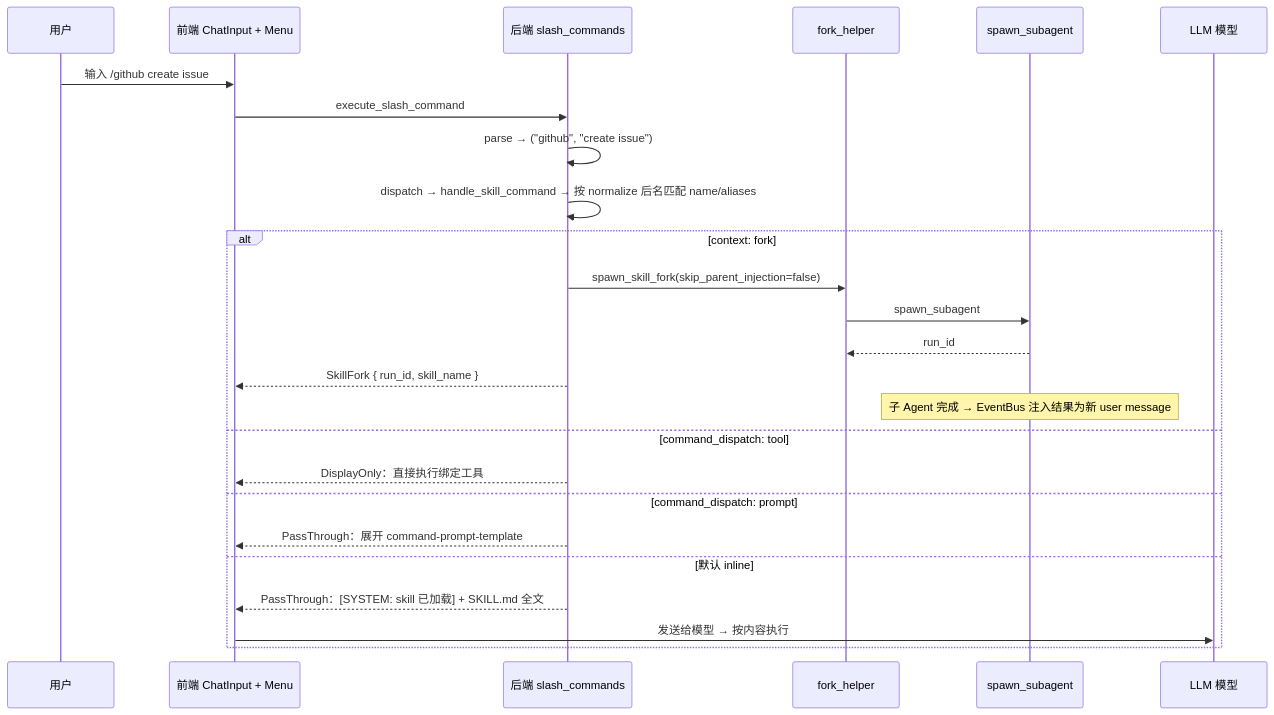
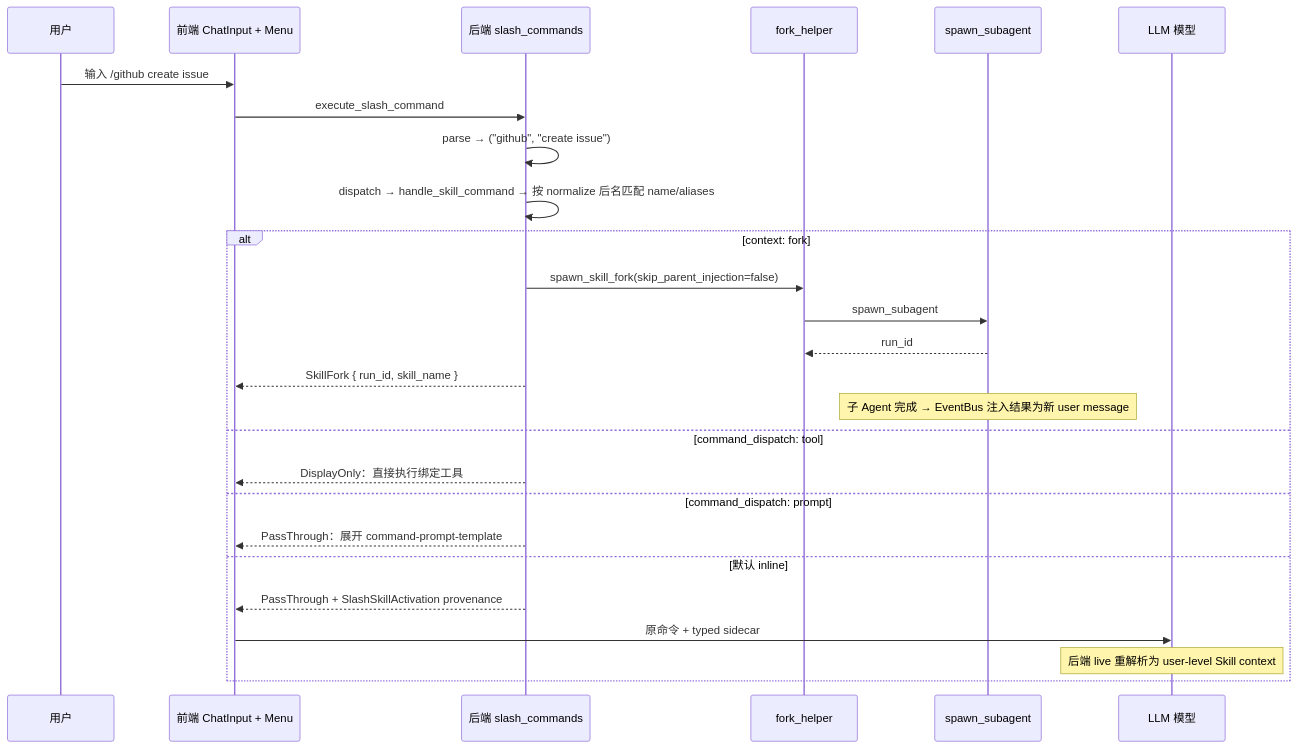
Before and after one commit to gabrielmoreira/agent-skills-mirror: diagram 19 of 19 in mirrors/repos/shiwenwen@hope-agent/docs/architecture/agent/skill-system.md, drawn with Mermaid. The commit also changed other lines of this file and 2625 other files, not shown here.

````diff
--- a/mirrors/repos/shiwenwen@hope-agent/docs/architecture/agent/skill-system.md
+++ b/mirrors/repos/shiwenwen@hope-agent/docs/architecture/agent/skill-system.md
@@ -1296,28 +1295,29 @@
 ```mermaid
 sequenceDiagram
     participant U as 用户
     participant FE as 前端 ChatInput + Menu
     participant BE as 后端 slash_commands
     participant FORK as fork_helper
     participant SUB as spawn_subagent
     participant LLM as LLM 模型
 
     U->>FE: 输入 /github create issue
     FE->>BE: execute_slash_command
     BE->>BE: parse → ("github", "create issue")
     BE->>BE: dispatch → handle_skill_command → 按 normalize 后名匹配 name/aliases
     alt context: fork
         BE->>FORK: spawn_skill_fork(skip_parent_injection=false)
         FORK->>SUB: spawn_subagent
         SUB-->>FORK: run_id
         BE-->>FE: SkillFork { run_id, skill_name }
         Note over SUB: 子 Agent 完成 → EventBus 注入结果为新 user message
     else command_dispatch: tool
         BE-->>FE: DisplayOnly：直接执行绑定工具
     else command_dispatch: prompt
         BE-->>FE: PassThrough：展开 command-prompt-template
     else 默认 inline
-        BE-->>FE: PassThrough：[SYSTEM: skill 已加载] + SKILL.md 全文
-        FE->>LLM: 发送给模型 → 按内容执行
+        BE-->>FE: PassThrough + SlashSkillActivation provenance
+        FE->>LLM: 原命令 + typed sidecar
+        Note over LLM: 后端 live 重解析为 user-level Skill context
     end
 ```
````
